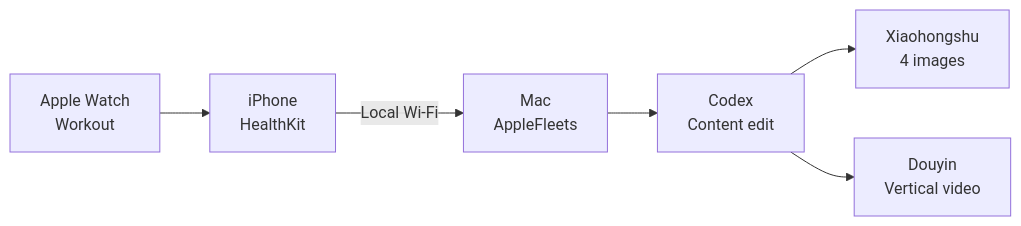
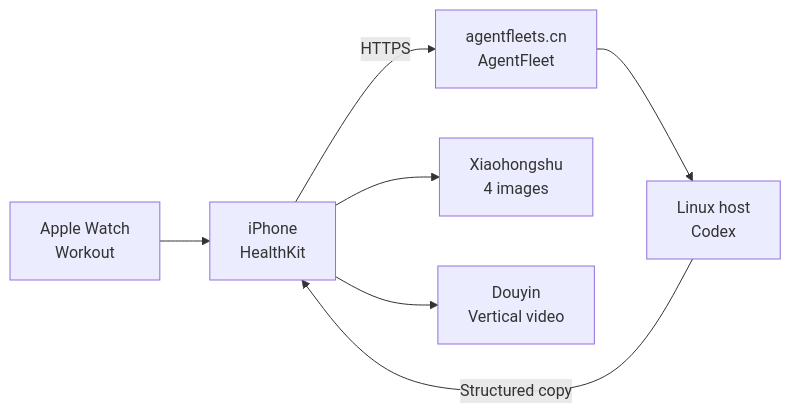
One commit to JosephJagger/applefleets changed the diagram in README.md. Above: the diagram before and after it, drawn with Mermaid. The commit also changed other lines of this file and 7 other files, not shown here.

Commit message:
Generate mobile content through AgentFleet on Linux

````diff
--- a/README.md
+++ b/README.md
@@ -35,8 +19,9 @@
 ```mermaid
 flowchart LR
     A[Apple Watch<br/>Workout] --> B[iPhone<br/>HealthKit]
-    B -->|Local Wi-Fi| C[Mac<br/>AppleFleets]
-    C --> D[Codex<br/>Content edit]
-    D --> E[Xiaohongshu<br/>4 images]
-    D --> F[Douyin<br/>Vertical video]
+    B -->|HTTPS| C[agentfleets.cn<br/>AgentFleet]
+    C --> D[Linux host<br/>Codex]
+    D -->|Structured copy| B
+    B --> E[Xiaohongshu<br/>4 images]
+    B --> F[Douyin<br/>Vertical video]
 ```
````
